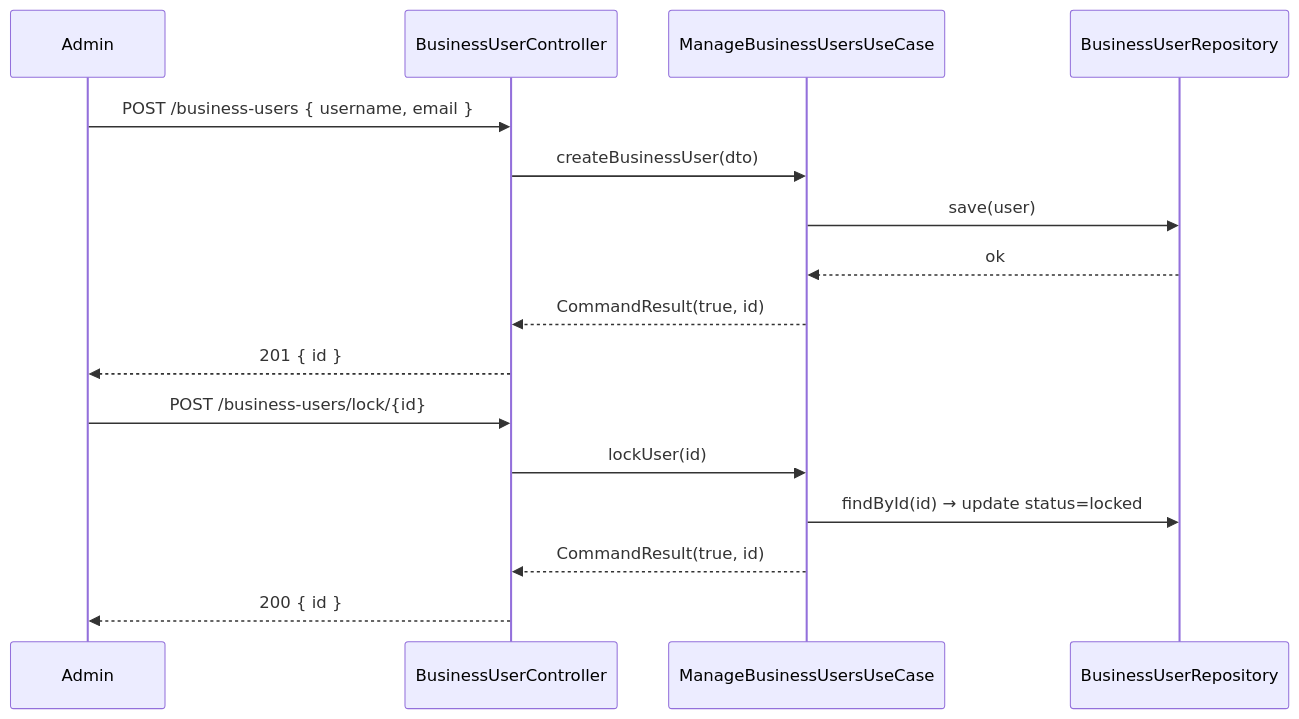
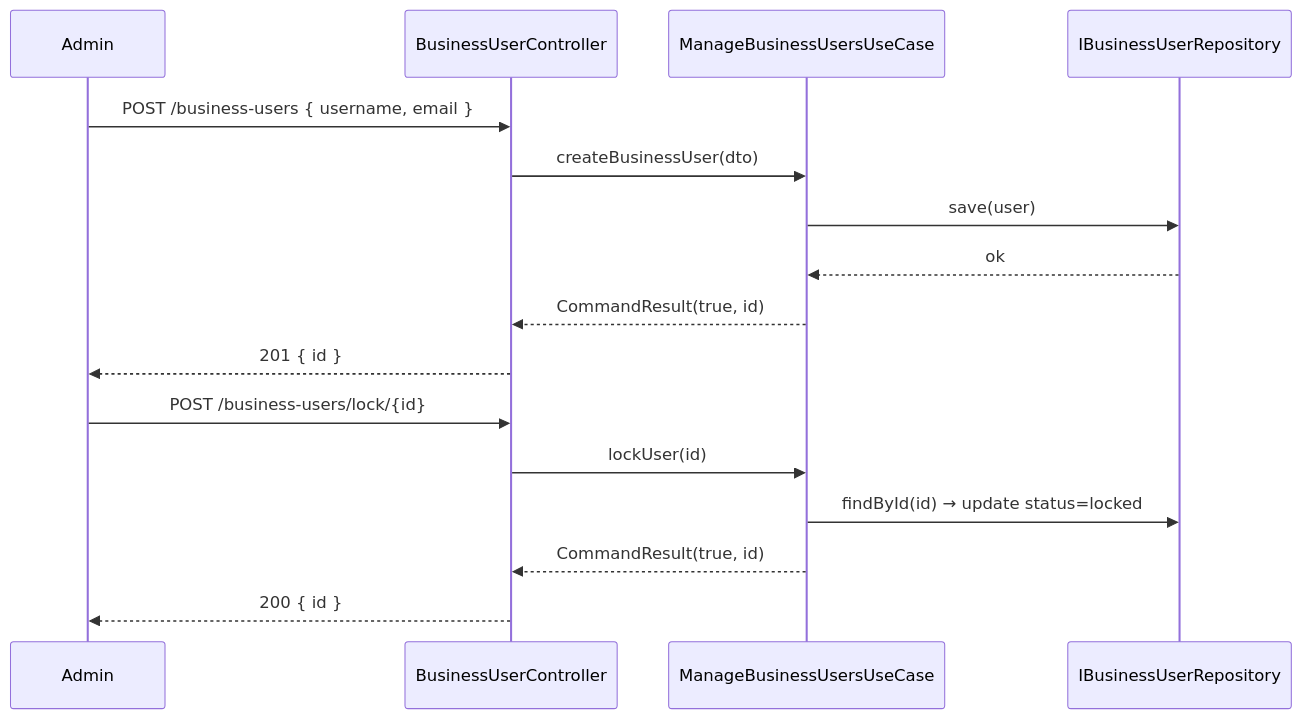
The fourth of 4 diagrams in abap-environment/UML.md (UIMSolutions/uim-platform), drawn with Mermaid before and after one commit. The commit also changed 891 other files, not shown here.

````diff
--- a/abap-environment/UML.md
+++ b/abap-environment/UML.md
@@ -216,20 +216,20 @@
 ```mermaid
 sequenceDiagram
     participant Admin
     participant BC as BusinessUserController
     participant BUC as ManageBusinessUsersUseCase
-    participant BR as BusinessUserRepository
+    participant BR as IBusinessUserRepository
 
     Admin->>BC: POST /business-users { username, email }
     BC->>BUC: createBusinessUser(dto)
     BUC->>BR: save(user)
     BR-->>BUC: ok
     BUC-->>BC: CommandResult(true, id)
     BC-->>Admin: 201 { id }
 
     Admin->>BC: POST /business-users/lock/{id}
     BC->>BUC: lockUser(id)
     BUC->>BR: findById(id) → update status=locked
     BUC-->>BC: CommandResult(true, id)
     BC-->>Admin: 200 { id }
 ```
````
